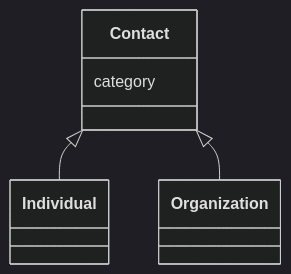
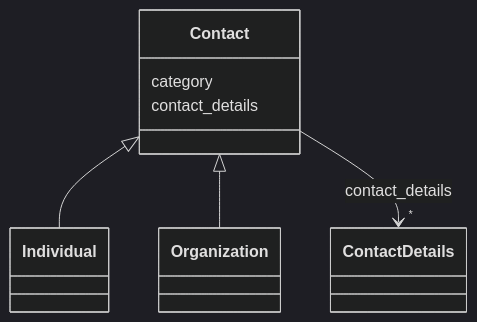
One commit to Knowledge-Graph-Hub/kg-registry changed the diagram in docs/schema/Contact.md. Above: the diagram before and after it, drawn with Mermaid (dark theme). The commit also changed other lines of this file and 141 other files, not shown here.

````diff
--- a/docs/schema/Contact.md
+++ b/docs/schema/Contact.md
@@ -24,13 +23,24 @@
 ```mermaid
  classDiagram
     class Contact
-    click Contact href "Contact.html"
+    click Contact href "Contact/.html"
       Contact <|-- Individual
-        click Individual href "Individual.html"
+        click Individual href "Individual/.html"
       Contact <|-- Organization
-        click Organization href "Organization.html"
-      
+        click Organization href "Organization/.html"
+
       Contact : category
-        
-      
+
+      Contact : contact_details
+
+
+
+
+
+        Contact --> "*" ContactDetails : contact_details
+        click ContactDetails href "ContactDetails/.html"
+
+
+
+
 ```
````
